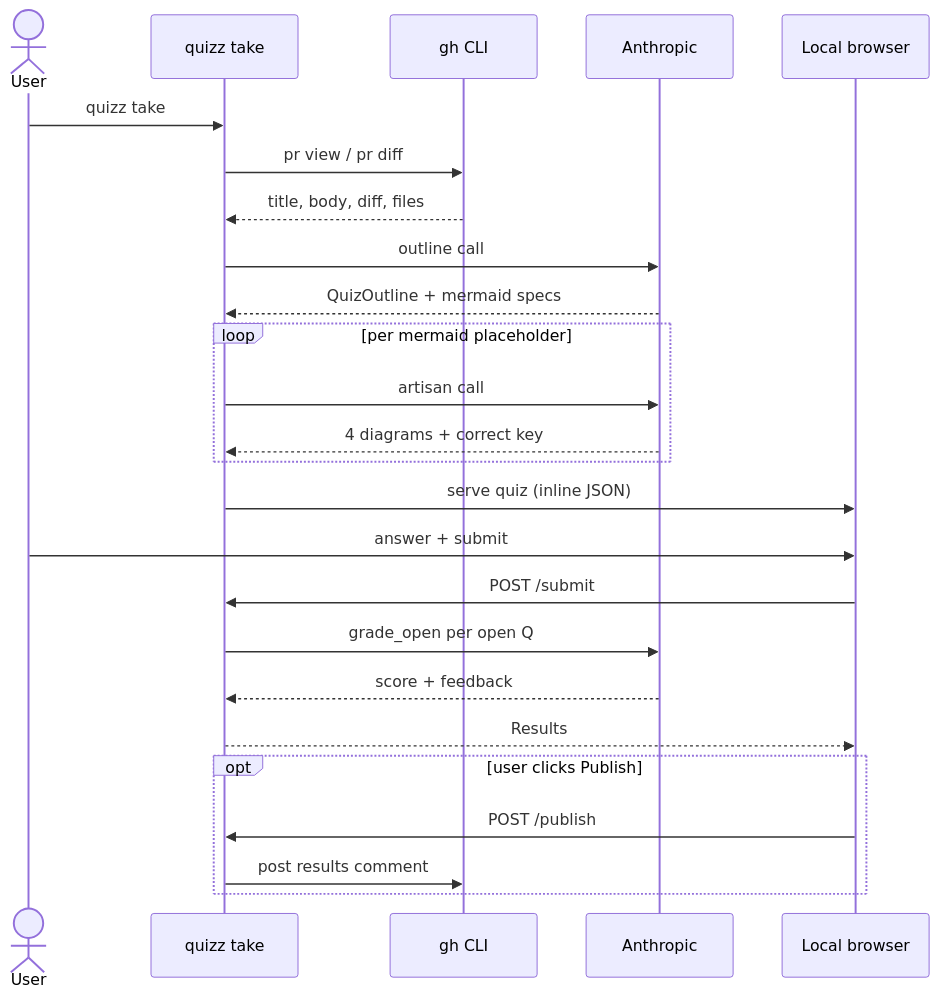
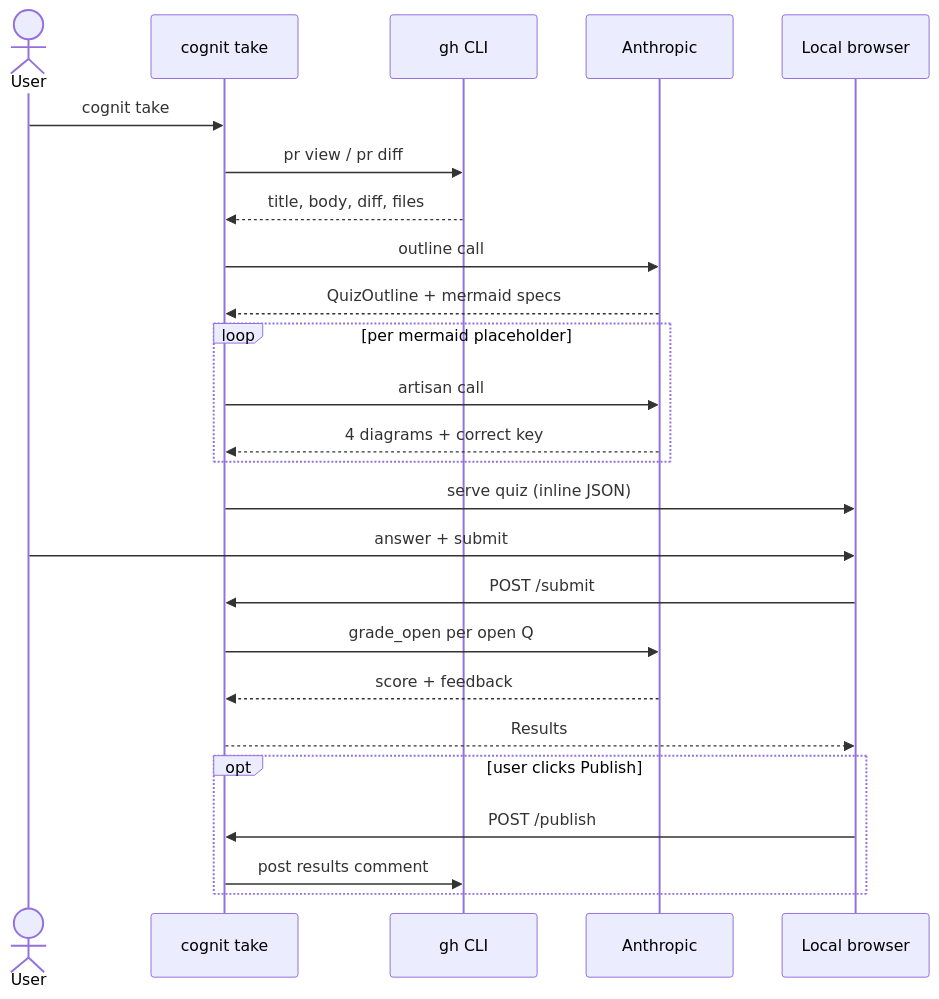
One commit to jonasbrami/cognit changed the diagram in README.md. Above: the diagram before and after it, drawn with Mermaid. The commit also changed other lines of this file and 72 other files, not shown here.

First line of the commit message:
refactor: rename project quizz -> cognit

````diff
--- a/README.md
+++ b/README.md
@@ -65,28 +65,28 @@
 ```mermaid
 sequenceDiagram
   actor User
-  participant CLI as quizz take
+  participant CLI as cognit take
   participant gh as gh CLI
   participant LLM as Anthropic
   participant Web as Local browser
 
-  User->>CLI: quizz take
+  User->>CLI: cognit take
   CLI->>gh: pr view / pr diff
   gh-->>CLI: title, body, diff, files
   CLI->>LLM: outline call
   LLM-->>CLI: QuizOutline + mermaid specs
   loop per mermaid placeholder
     CLI->>LLM: artisan call
     LLM-->>CLI: 4 diagrams + correct key
   end
   CLI->>Web: serve quiz (inline JSON)
   User->>Web: answer + submit
   Web->>CLI: POST /submit
   CLI->>LLM: grade_open per open Q
   LLM-->>CLI: score + feedback
   CLI-->>Web: Results
   opt user clicks Publish
     Web->>CLI: POST /publish
     CLI->>gh: post results comment
   end
 ```
````
